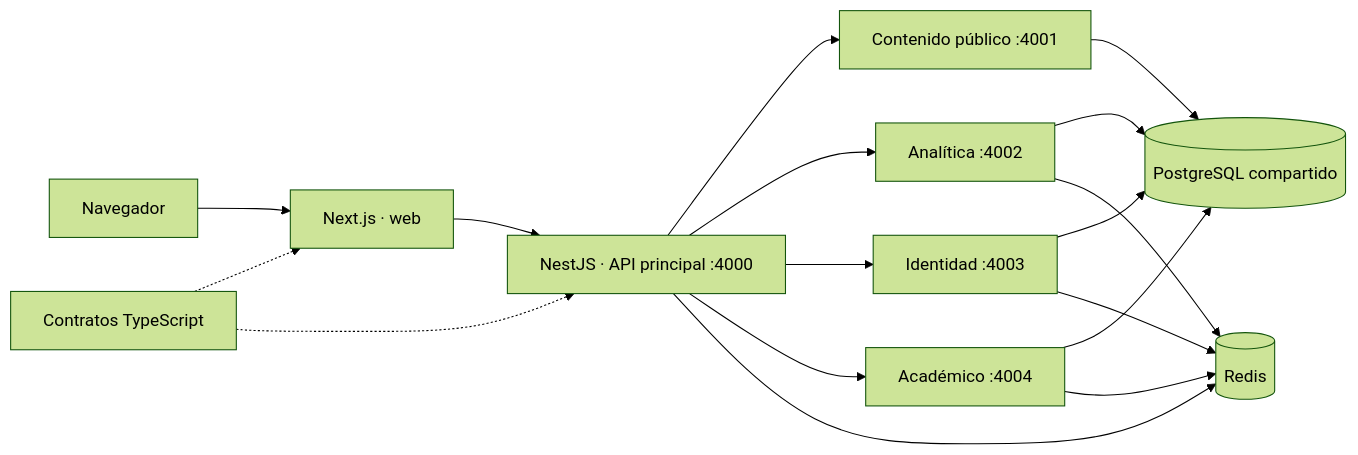
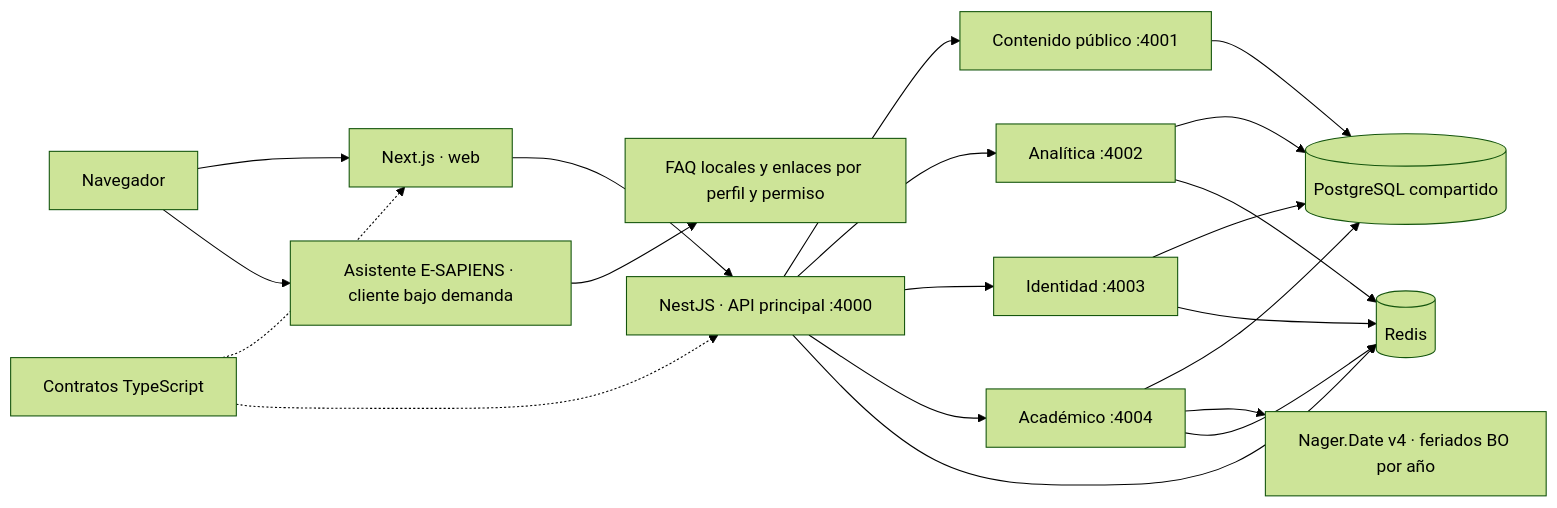
Before and after one commit to KevinTapiaAli/E-SAPIENS: the first of 3 diagrams in README.md, drawn with Mermaid (forest theme). The commit also changed other lines of this file and 17 other files, not shown here.

````diff
--- a/README.md
+++ b/README.md
@@ -148,19 +179,22 @@
 ```mermaid
 flowchart LR
     Browser[Navegador] --> Web[Next.js · web]
+    Browser --> Assistant[Asistente E-SAPIENS · cliente bajo demanda]
+    Assistant --> FAQ[FAQ locales y enlaces por perfil y permiso]
     Web --> API[NestJS · API principal :4000]
     API --> Content[Contenido público :4001]
     API --> Analytics[Analítica :4002]
     API --> Identity[Identidad :4003]
     API --> Academic[Académico :4004]
     Identity --> DB[(PostgreSQL compartido)]
     Academic --> DB
+    Academic --> Holidays[Nager.Date v4 · feriados BO por año]
     Content --> DB
     Analytics --> DB
     API --> Redis[(Redis)]
     Analytics --> Redis
     Identity --> Redis
     Academic --> Redis
     Contracts[Contratos TypeScript] -.-> Web
     Contracts -.-> API
 ```
````
